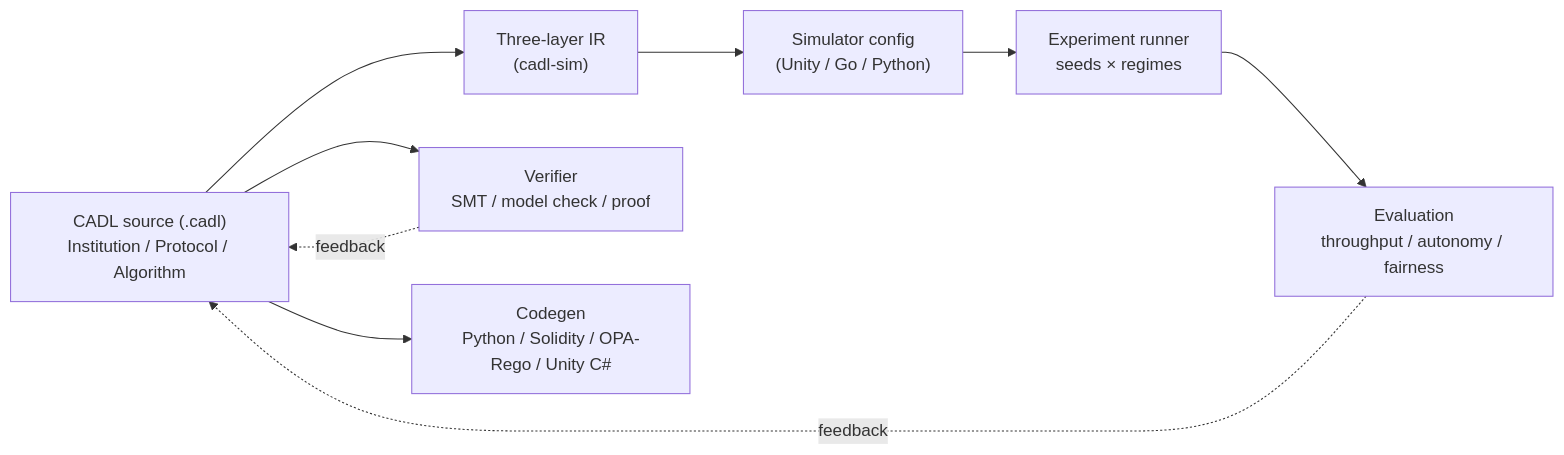
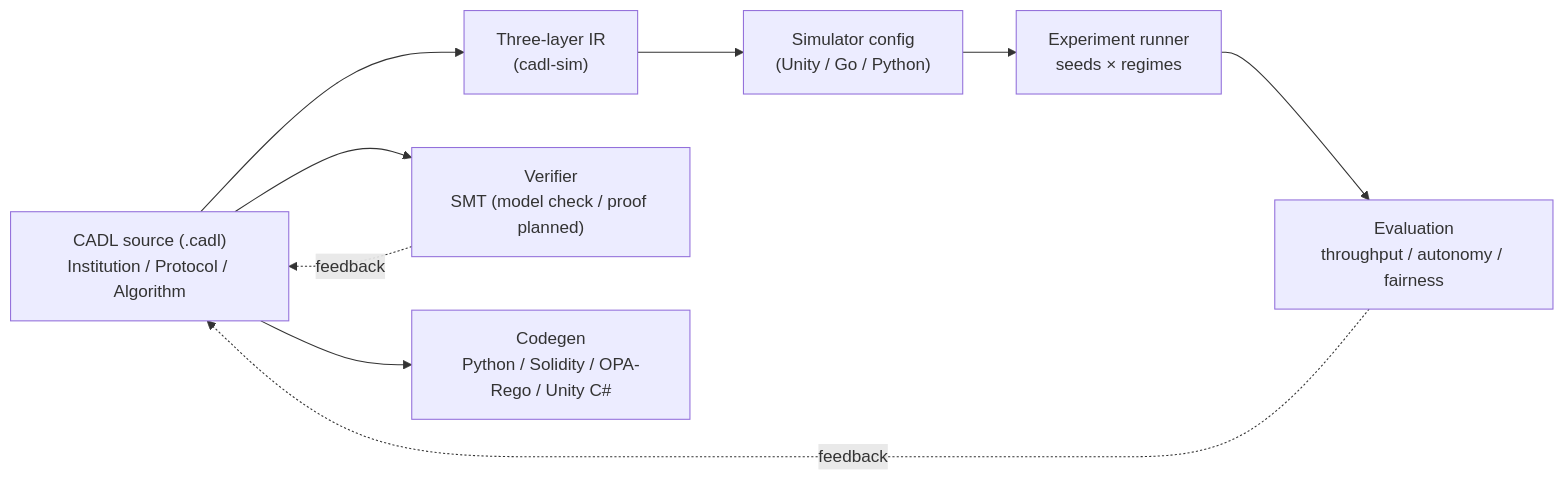
Before and after one commit to ertlnagoya/cadl-spec: the diagram in docs/spec/intro.md, drawn with Mermaid. The commit also changed 11 other files, not shown here.

````diff
--- a/docs/spec/intro.md
+++ b/docs/spec/intro.md
@@ -30,19 +30,19 @@
 ```mermaid
 flowchart LR
     SRC["CADL source (.cadl)<br/>Institution / Protocol / Algorithm"]
     IR["Three-layer IR<br/>(cadl-sim)"]
-    VER["Verifier<br/>SMT / model check / proof"]
+    VER["Verifier<br/>SMT (model check / proof planned)"]
     CFG["Simulator config<br/>(Unity / Go / Python)"]
     CODE["Codegen<br/>Python / Solidity / OPA-Rego / Unity C#"]
     EXP["Experiment runner<br/>seeds × regimes"]
     EVAL["Evaluation<br/>throughput / autonomy / fairness"]
 
     SRC --> VER
     SRC --> CODE
     SRC --> IR
     IR --> CFG
     CFG --> EXP
     EXP --> EVAL
     VER -. feedback .-> SRC
     EVAL -. feedback .-> SRC
 ```
````
